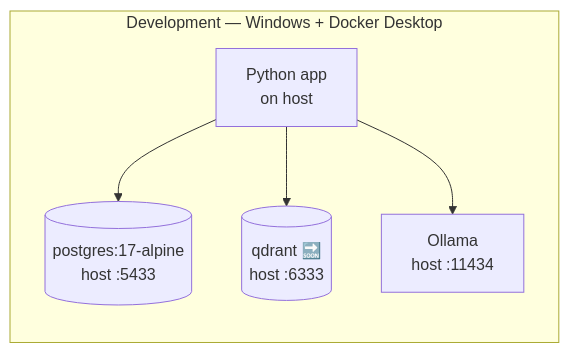
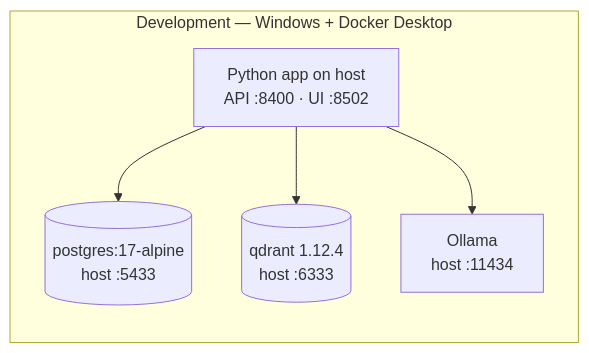
One commit to PreeyasTumulu/MULTIMODAL_AGENTIC_RAG changed the second of 2 diagrams in docs/architecture/overview.md. Above: the diagram before and after it, drawn with Mermaid. The commit also changed other lines of this file and 38 other files, not shown here.

````diff
--- a/docs/architecture/overview.md
+++ b/docs/architecture/overview.md
@@ -112,10 +109,10 @@
 ```mermaid
 flowchart LR
     subgraph DEV["Development — Windows + Docker Desktop"]
-        APP["Python app<br/>on host"]
+        APP["Python app on host<br/>API :8400 · UI :8502"]
         PGD[("postgres:17-alpine<br/>host :5433")]
-        QDD[("qdrant 🔜<br/>host :6333")]
+        QDD[("qdrant 1.12.4<br/>host :6333")]
         OLL["Ollama<br/>host :11434"]
         APP --> PGD & QDD & OLL
     end
 ```
````
